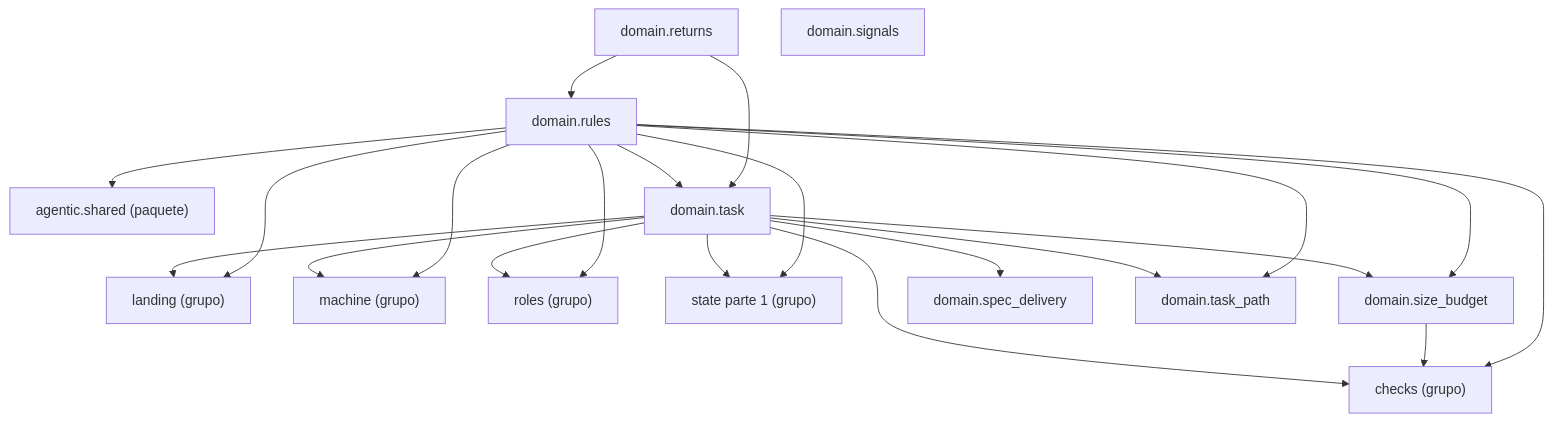
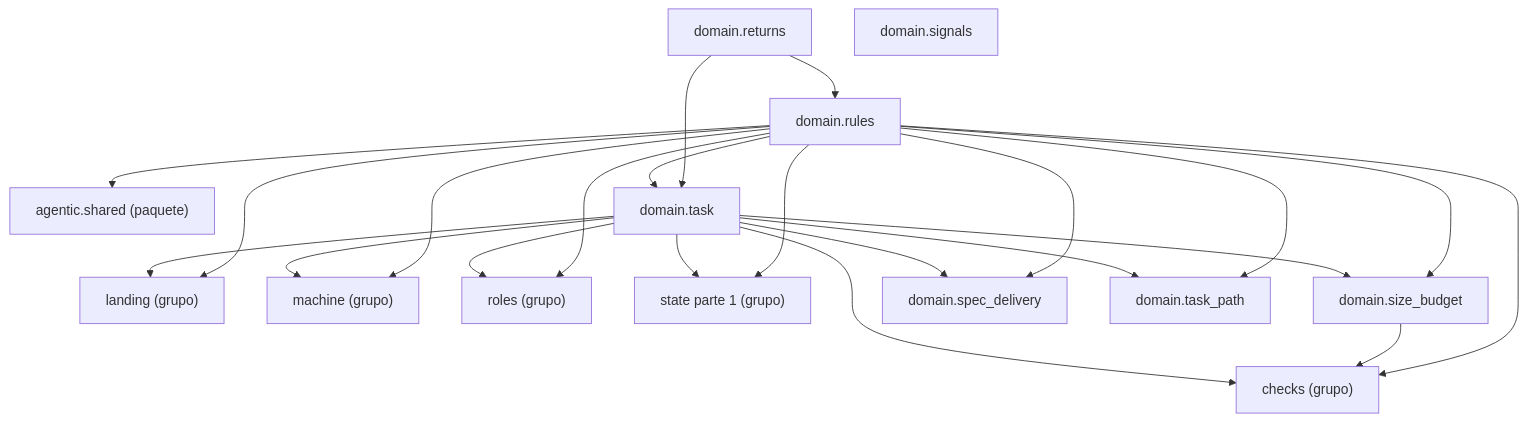
The diagram in docs/architecture/generated/packages-process-domain-state-2.md (GonzaloZevallos/agentic-system), drawn with Mermaid before and after one commit. The commit also changed 7 other files, not shown here.

First line of the commit message:
Require a spec_cause on a spec delivery's questions escalation

````diff
--- a/docs/architecture/generated/packages-process-domain-state-2.md
+++ b/docs/architecture/generated/packages-process-domain-state-2.md
@@ -12,36 +12,37 @@
 ```mermaid
 graph TD
     g_domain__checks["checks (grupo)"]
     g_domain__landing["landing (grupo)"]
     g_domain__machine["machine (grupo)"]
     g_domain__roles["roles (grupo)"]
     g_domain__state__1["state parte 1 (grupo)"]
     g_pkg__agentic__shared["agentic.shared (paquete)"]
     m_domain__returns["domain.returns"]
     m_domain__rules["domain.rules"]
     m_domain__signals["domain.signals"]
     m_domain__size_budget["domain.size_budget"]
     m_domain__spec_delivery["domain.spec_delivery"]
     m_domain__task["domain.task"]
     m_domain__task_path["domain.task_path"]
     m_domain__returns --> m_domain__rules
     m_domain__returns --> m_domain__task
     m_domain__rules --> g_domain__checks
     m_domain__rules --> g_domain__landing
     m_domain__rules --> g_domain__machine
     m_domain__rules --> g_domain__roles
     m_domain__rules --> g_domain__state__1
     m_domain__rules --> g_pkg__agentic__shared
     m_domain__rules --> m_domain__size_budget
+    m_domain__rules --> m_domain__spec_delivery
     m_domain__rules --> m_domain__task
     m_domain__rules --> m_domain__task_path
     m_domain__size_budget --> g_domain__checks
     m_domain__task --> g_domain__checks
     m_domain__task --> g_domain__landing
     m_domain__task --> g_domain__machine
     m_domain__task --> g_domain__roles
     m_domain__task --> g_domain__state__1
     m_domain__task --> m_domain__size_budget
     m_domain__task --> m_domain__spec_delivery
     m_domain__task --> m_domain__task_path
 ```
````
